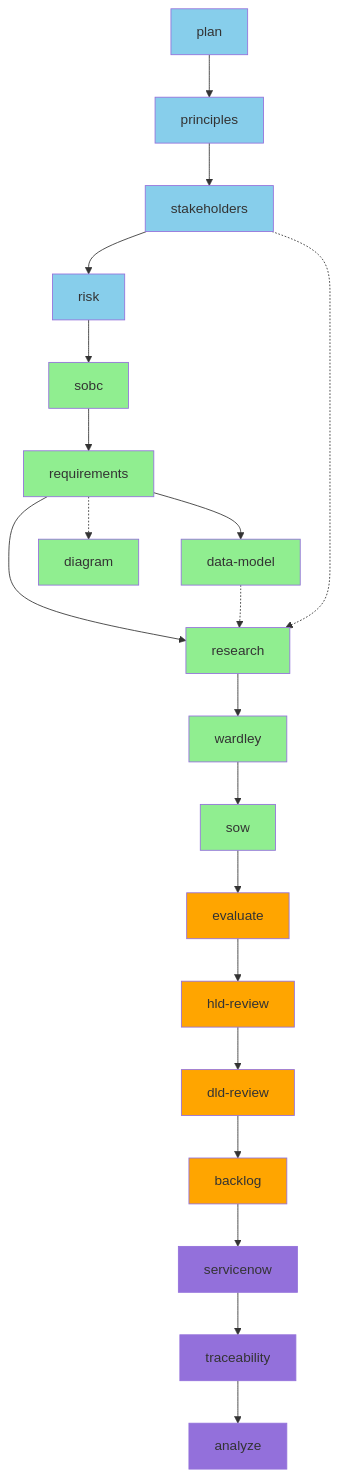
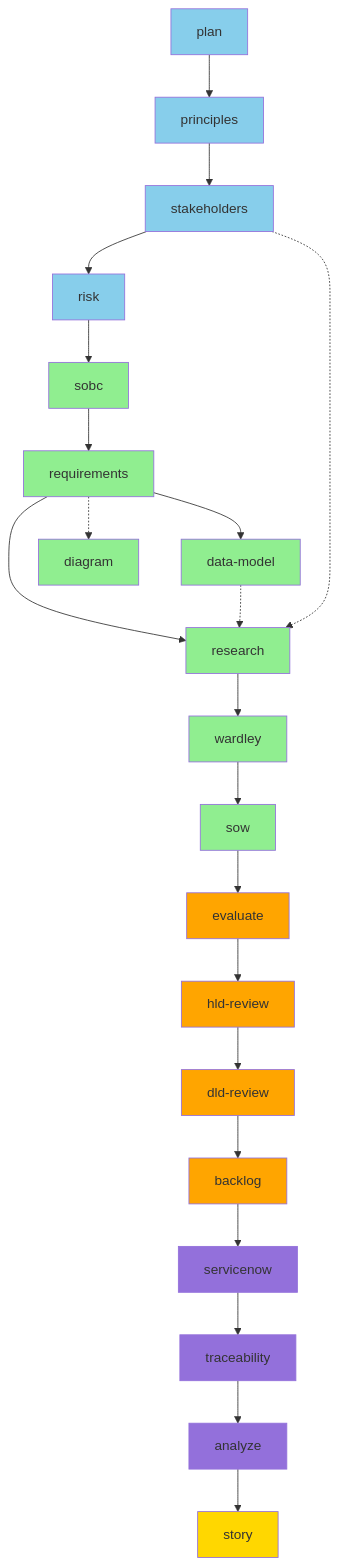
Before and after one commit to tractorjuice/arckit-test-project-v8-ons-data-platform: the first of 9 diagrams in WORKFLOW-DIAGRAMS.md, drawn with Mermaid. The commit also changed other lines of this file and 6 other files, not shown here.

First line of the commit message:
feat: add /arckit.story command (29th command) - comprehensive project story generation with timeline analysis

````diff
--- a/WORKFLOW-DIAGRAMS.md
+++ b/WORKFLOW-DIAGRAMS.md
@@ -20,56 +21,60 @@
 ```mermaid
 graph TD
     %% Tier 0-1: Foundation
     A[plan] --> B[principles]
     B --> C[stakeholders]
     C --> D[risk]
 
     %% Tier 2-3: Business Case & Requirements
     D --> E[sobc]
     E --> F[requirements]
 
     %% Tier 4: Detailed Design
     F --> G[data-model]
     F --> H[research]
     G -.-> H
     C -.-> H
     H --> I[wardley]
 
     %% Tier 5: Procurement
     I --> J[sow]
     J --> K[evaluate]
 
     %% Tier 6: Design Reviews
     K --> L[hld-review]
     L --> M[dld-review]
 
     %% Tier 7: Implementation
     M --> N[backlog]
 
     %% Tier 8-9: Operations & Quality
     N --> O[servicenow]
     O --> P[traceability]
     P --> Q[analyze]
 
+    %% Tier 11: Reporting
+    Q --> S[story]
+
     %% Optional parallel paths
     F -.-> R[diagram]
 
     style A fill:#87CEEB
     style B fill:#87CEEB
     style C fill:#87CEEB
     style D fill:#87CEEB
     style E fill:#90EE90
     style F fill:#90EE90
     style G fill:#90EE90
     style H fill:#90EE90
     style I fill:#90EE90
     style J fill:#90EE90
     style K fill:#FFA500
     style L fill:#FFA500
     style M fill:#FFA500
     style N fill:#FFA500
     style O fill:#9370DB
     style P fill:#9370DB
     style Q fill:#9370DB
     style R fill:#90EE90
+    style S fill:#FFD700
 ```
````
